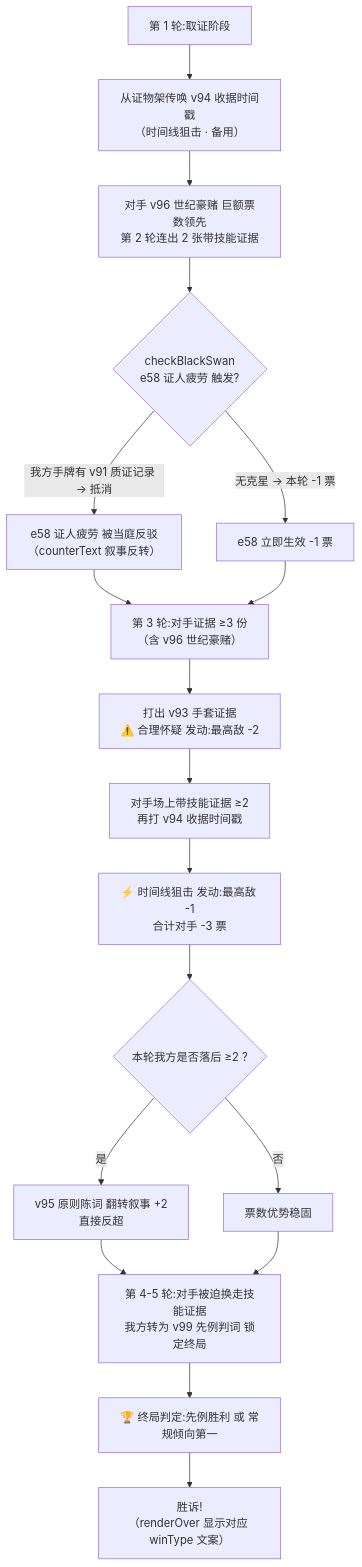
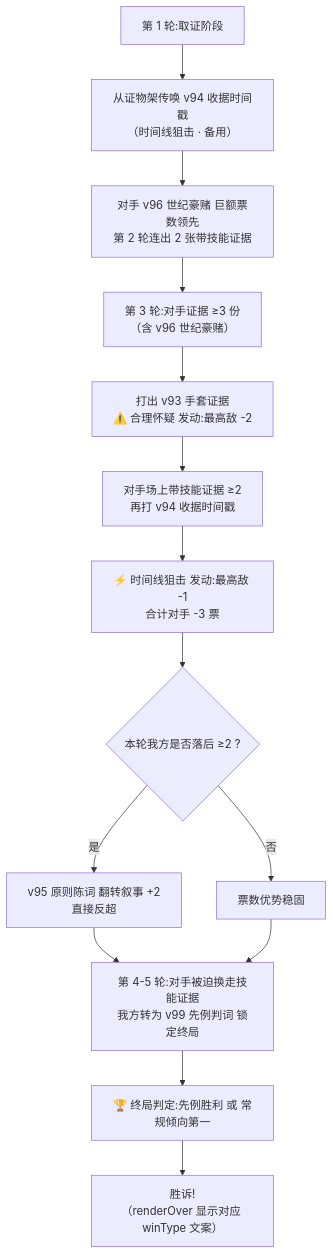
The diagram in docs/LEGAL_CASES_DESIGN.md (y22t19053/heli-suspect), drawn with Mermaid before and after one commit. The commit also changed other lines of this file and 14 other files, not shown here.

First line of the commit message:
按奥卡姆原则移除法庭黑天鹅事件系统（e55-e59/checkBlackSwan/permaRules）与 FEATURES 开关

````diff
--- a/docs/LEGAL_CASES_DESIGN.md
+++ b/docs/LEGAL_CASES_DESIGN.md
@@ -118,20 +90,16 @@
 ```mermaid
 flowchart TD
     A["第 1 轮:取证阶段"] --> B["从证物架传唤 v94 收据时间戳<br/>（时间线狙击 · 备用）"]
     B --> C["对手 v96 世纪豪赌 巨额票数领先<br/>第 2 轮连出 2 张带技能证据"]
-    C --> D{checkBlackSwan<br/>e58 证人疲劳 触发?}
-    D -- "我方手牌有 v91 质证记录 → 抵消" --> E["e58 证人疲劳 被当庭反驳<br/>（counterText 叙事反转）"]
-    D -- "无克星 → 本轮 -1 票" --> F["e58 立即生效 -1 票"]
-    E --> G["第 3 轮:对手证据 ≥3 份<br/>（含 v96 世纪豪赌）"]
-    F --> G
+    C --> G["第 3 轮:对手证据 ≥3 份<br/>（含 v96 世纪豪赌）"]
     G --> H["打出 v93 手套证据<br/>⚠️ 合理怀疑 发动:最高敌 -2"]
     H --> I["对手场上带技能证据 ≥2<br/>再打 v94 收据时间戳"]
     I --> J["⚡ 时间线狙击 发动:最高敌 -1<br/>合计对手 -3 票"]
     J --> K{"本轮我方是否落后 ≥2 ?"}
     K -- "是" --> L["v95 原则陈词 翻转叙事 +2<br/>直接反超"]
     K -- "否" --> M["票数优势稳固"]
     L --> N["第 4-5 轮:对手被迫换走技能证据<br/>我方转为 v99 先例判词 锁定终局"]
     M --> N
     N --> O["🏆 终局判定:先例胜利 或 常规倾向第一"]
     O --> P["胜诉!<br/>（renderOver 显示对应 winType 文案）"]
 ```
````
